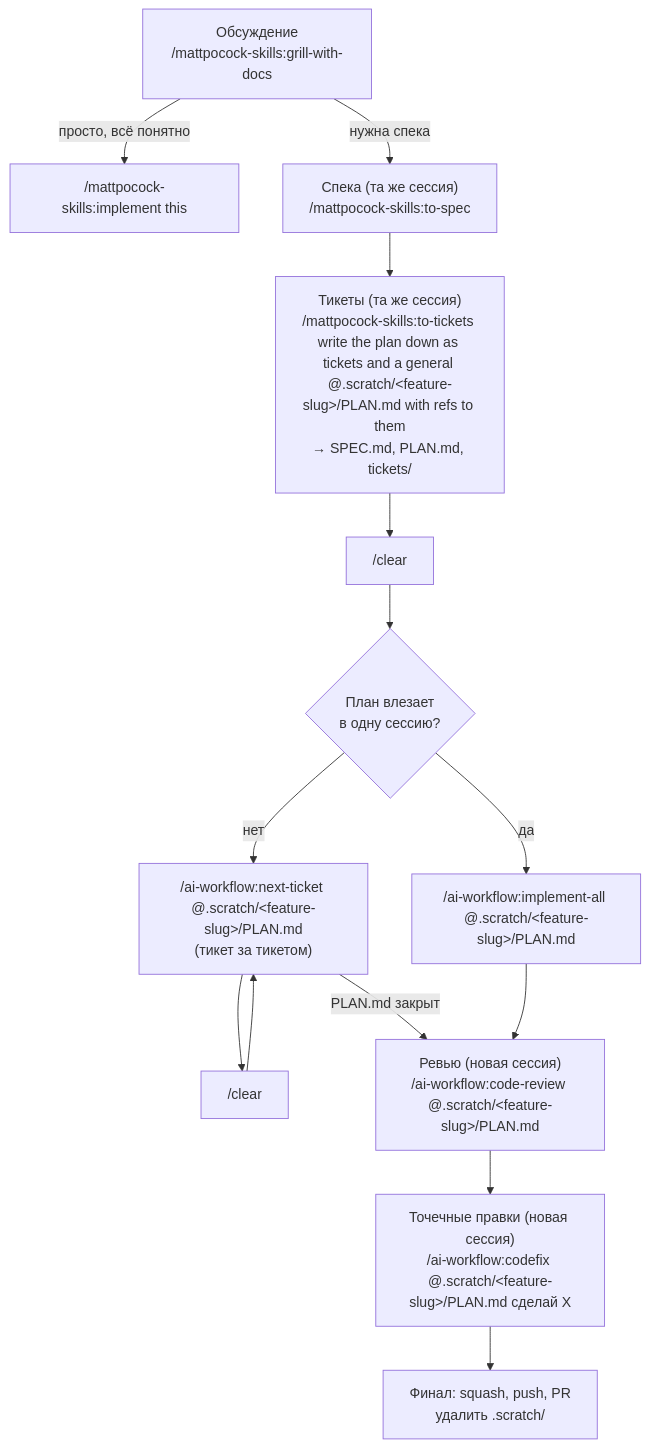
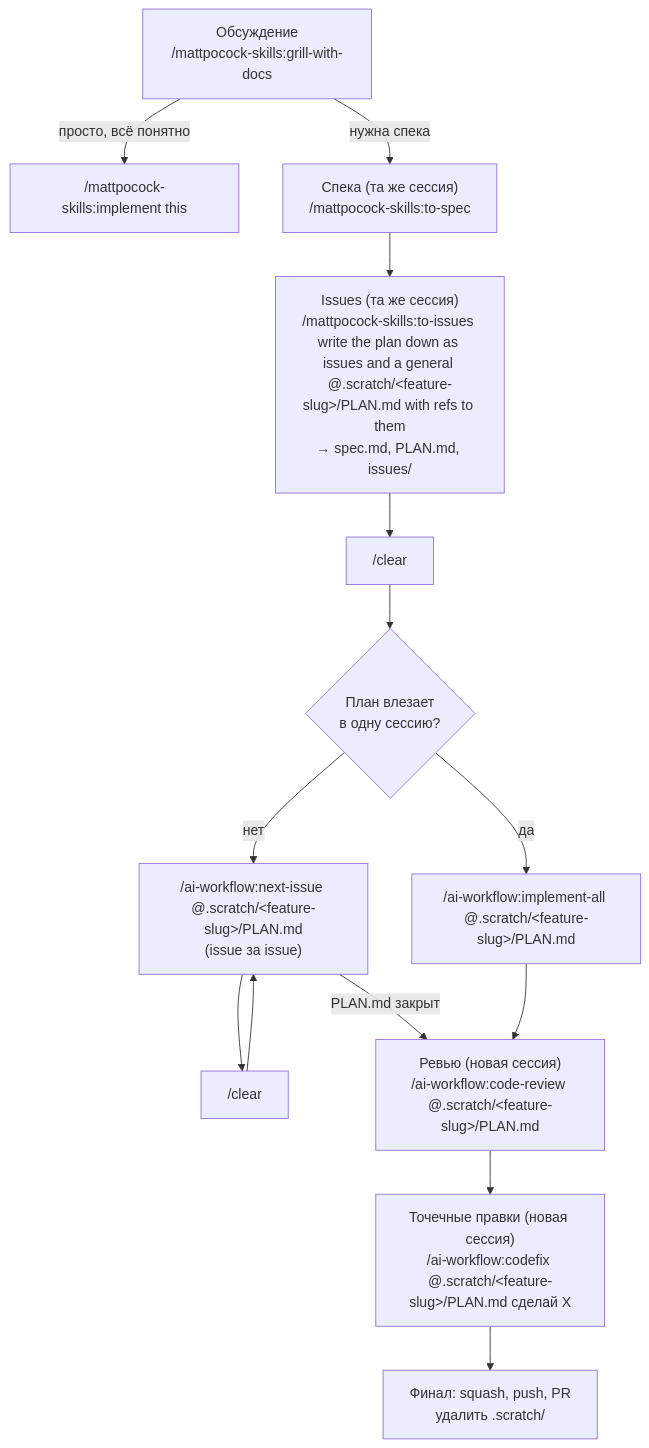
The diagram in README.md (Whatislove118/AI-Workflow), drawn with Mermaid before and after one commit. The commit also changed other lines of this file and 5 other files, not shown here.

Commit message:
feat: mv to issues flow

````diff
--- a/README.md
+++ b/README.md
@@ -44,16 +44,16 @@
 ```mermaid
 flowchart TD
     A["Обсуждение\n/mattpocock-skills:grill-with-docs"]
     A -- "просто, всё понятно" --> B["/mattpocock-skills:implement this"]
     A -- "нужна спека" --> C["Спека (та же сессия)\n/mattpocock-skills:to-spec"]
-    C --> D["Тикеты (та же сессия)\n/mattpocock-skills:to-tickets write the plan down as tickets and a general @.scratch/#lt;feature-slug#gt;/PLAN.md with refs to them\n→ SPEC.md, PLAN.md, tickets/"]
+    C --> D["Issues (та же сессия)\n/mattpocock-skills:to-issues write the plan down as issues and a general @.scratch/#lt;feature-slug#gt;/PLAN.md with refs to them\n→ spec.md, PLAN.md, issues/"]
     D --> E["/clear"]
     E --> F{"План влезает\nв одну сессию?"}
     F -- да --> G["/ai-workflow:implement-all @.scratch/#lt;feature-slug#gt;/PLAN.md"]
-    F -- нет --> H["/ai-workflow:next-ticket @.scratch/#lt;feature-slug#gt;/PLAN.md\n(тикет за тикетом)"]
+    F -- нет --> H["/ai-workflow:next-issue @.scratch/#lt;feature-slug#gt;/PLAN.md\n(issue за issue)"]
     H --> I["/clear"] --> H
     H -- "PLAN.md закрыт" --> J
     G --> J["Ревью (новая сессия)\n/ai-workflow:code-review @.scratch/#lt;feature-slug#gt;/PLAN.md"]
     J --> K["Точечные правки (новая сессия)\n/ai-workflow:codefix @.scratch/#lt;feature-slug#gt;/PLAN.md сделай X"]
     K --> L["Финал: squash, push, PR\nудалить .scratch/"]
 ```
````
